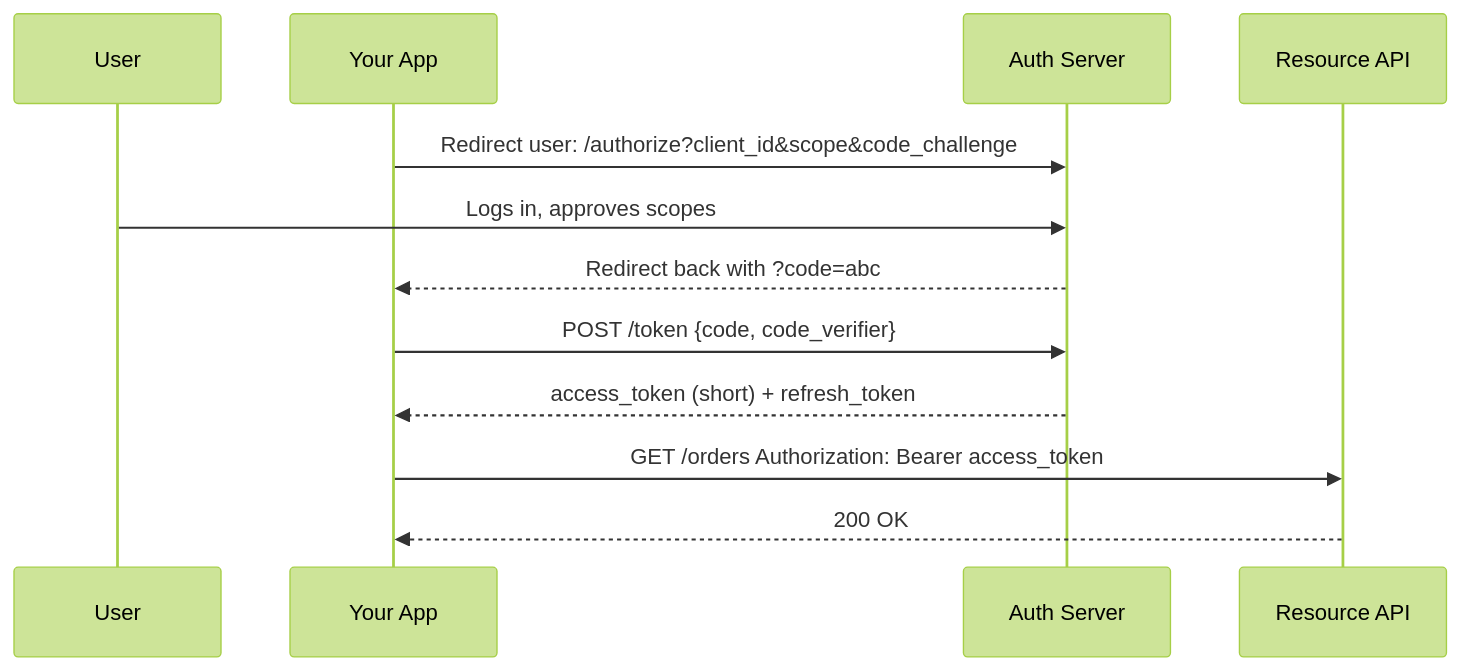
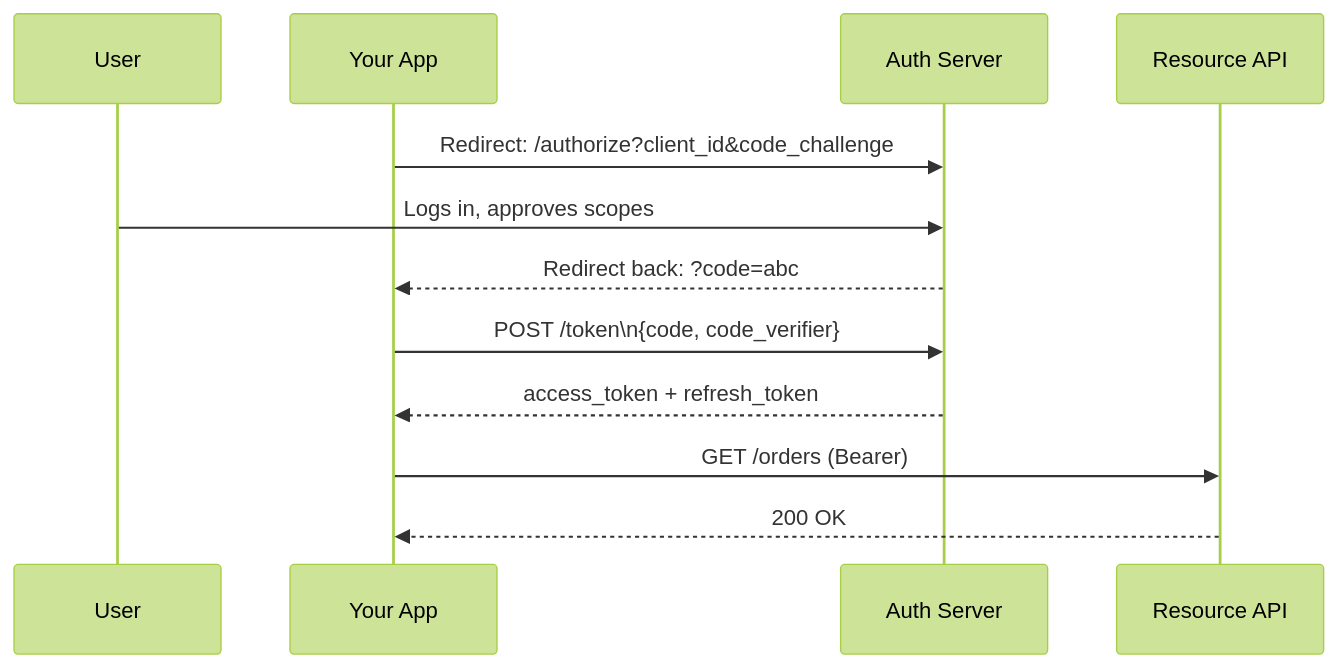
One commit to AkiebNazir/engineering-guide changed the first of 3 diagrams in API/Fundamentals/03_cross_cutting_concerns.md. Above: the diagram before and after it, drawn with Mermaid (forest theme). The commit also changed other lines of this file and 170 other files, not shown here.

````diff
--- a/API/Fundamentals/03_cross_cutting_concerns.md
+++ b/API/Fundamentals/03_cross_cutting_concerns.md
@@ -37,14 +38,14 @@
 ```mermaid
 sequenceDiagram
     participant U as User
     participant A as Your App
     participant AS as Auth Server
     participant API as Resource API
-    A->>AS: Redirect user: /authorize?client_id&scope&code_challenge
+    A->>AS: Redirect: /authorize?client_id&code_challenge
     U->>AS: Logs in, approves scopes
-    AS-->>A: Redirect back with ?code=abc
-    A->>AS: POST /token {code, code_verifier}
-    AS-->>A: access_token (short) + refresh_token
-    A->>API: GET /orders  Authorization: Bearer access_token
+    AS-->>A: Redirect back: ?code=abc
+    A->>AS: POST /token\n{code, code_verifier}
+    AS-->>A: access_token + refresh_token
+    A->>API: GET /orders (Bearer)
     API-->>A: 200 OK
 ```
````
